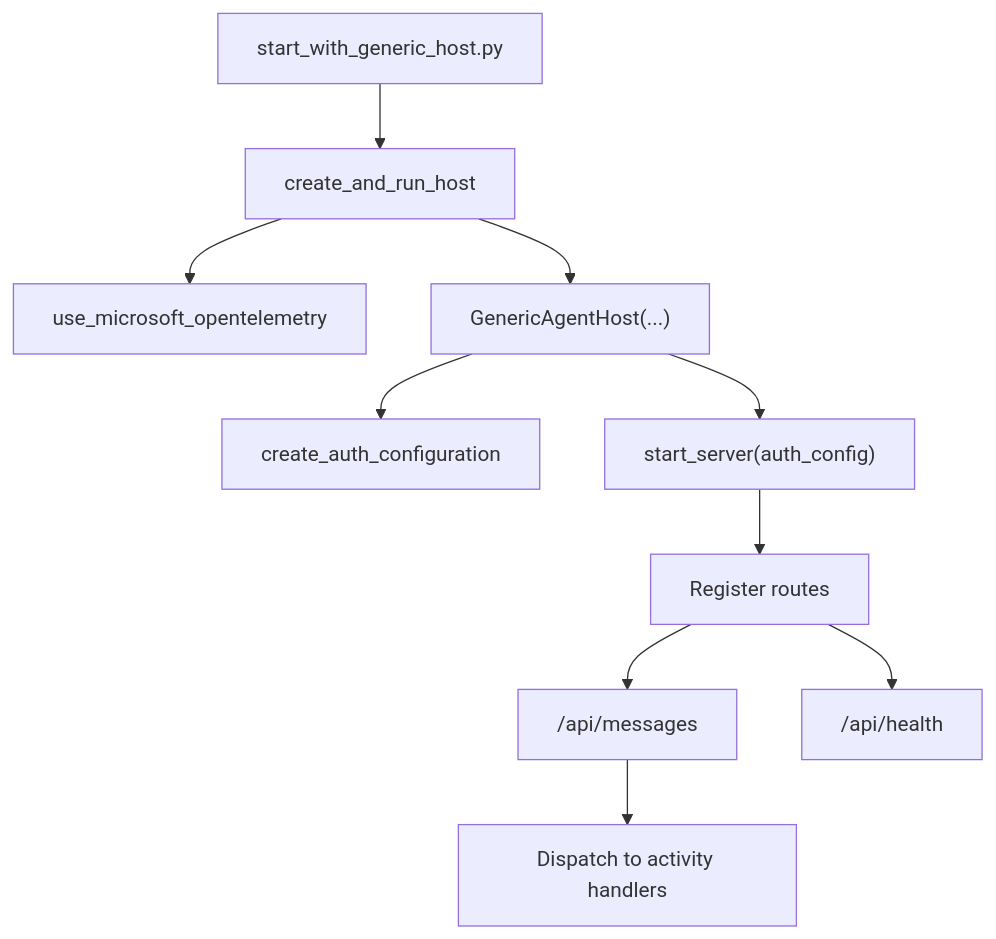
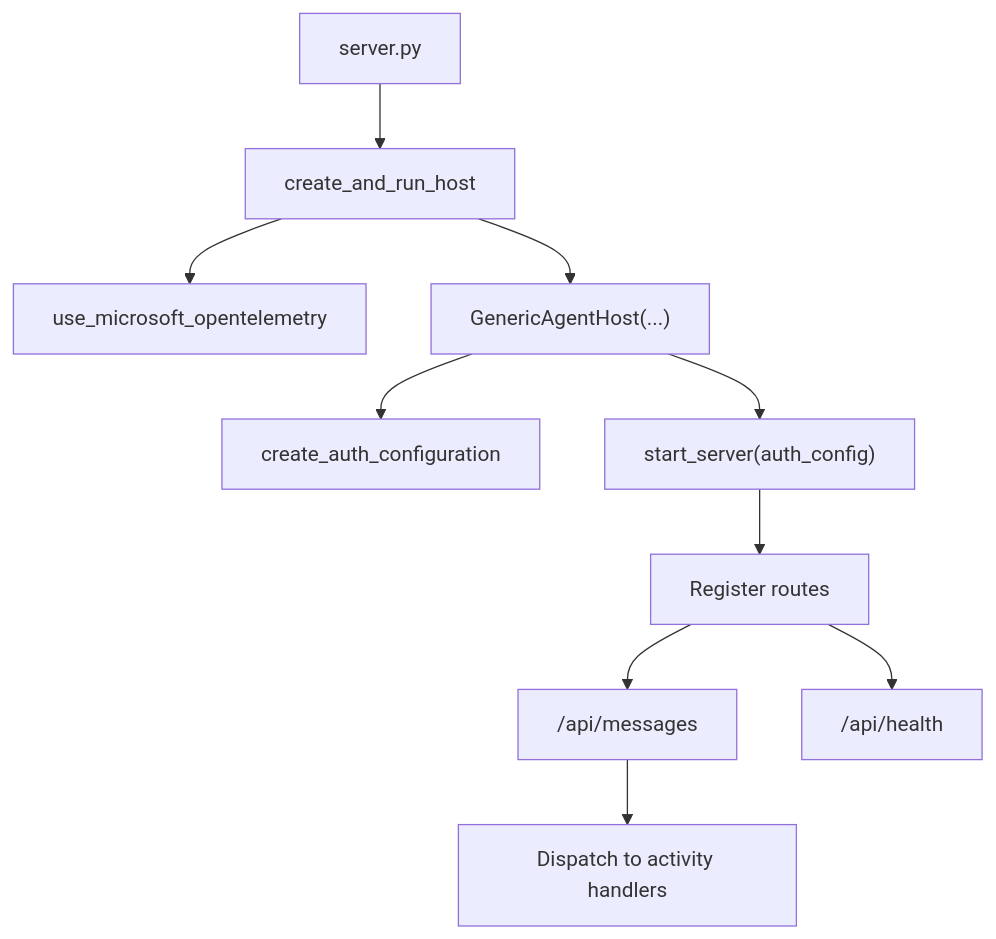
One commit to joetanx/mslab changed the second of 4 diagrams in agent-365/samples/agent-framework/README.md. Above: the diagram before and after it, drawn with Mermaid. The commit also changed other lines of this file and 11 other files, not shown here.

````diff
--- a/agent-365/samples/agent-framework/README.md
+++ b/agent-365/samples/agent-framework/README.md
@@ -26,12 +26,12 @@
 ```mermaid
 flowchart TD
-    A[start_with_generic_host.py] --> B[create_and_run_host]
+    A[server.py] --> B[create_and_run_host]
     B --> C[use_microsoft_opentelemetry]
     B --> D["GenericAgentHost(...)"]
     D --> E[create_auth_configuration]
     D --> F["start_server(auth_config)"]
     F --> G[Register routes]
     G --> H["/api/messages"]
     G --> I["/api/health"]
     H --> J[Dispatch to activity handlers]
 ```
````
